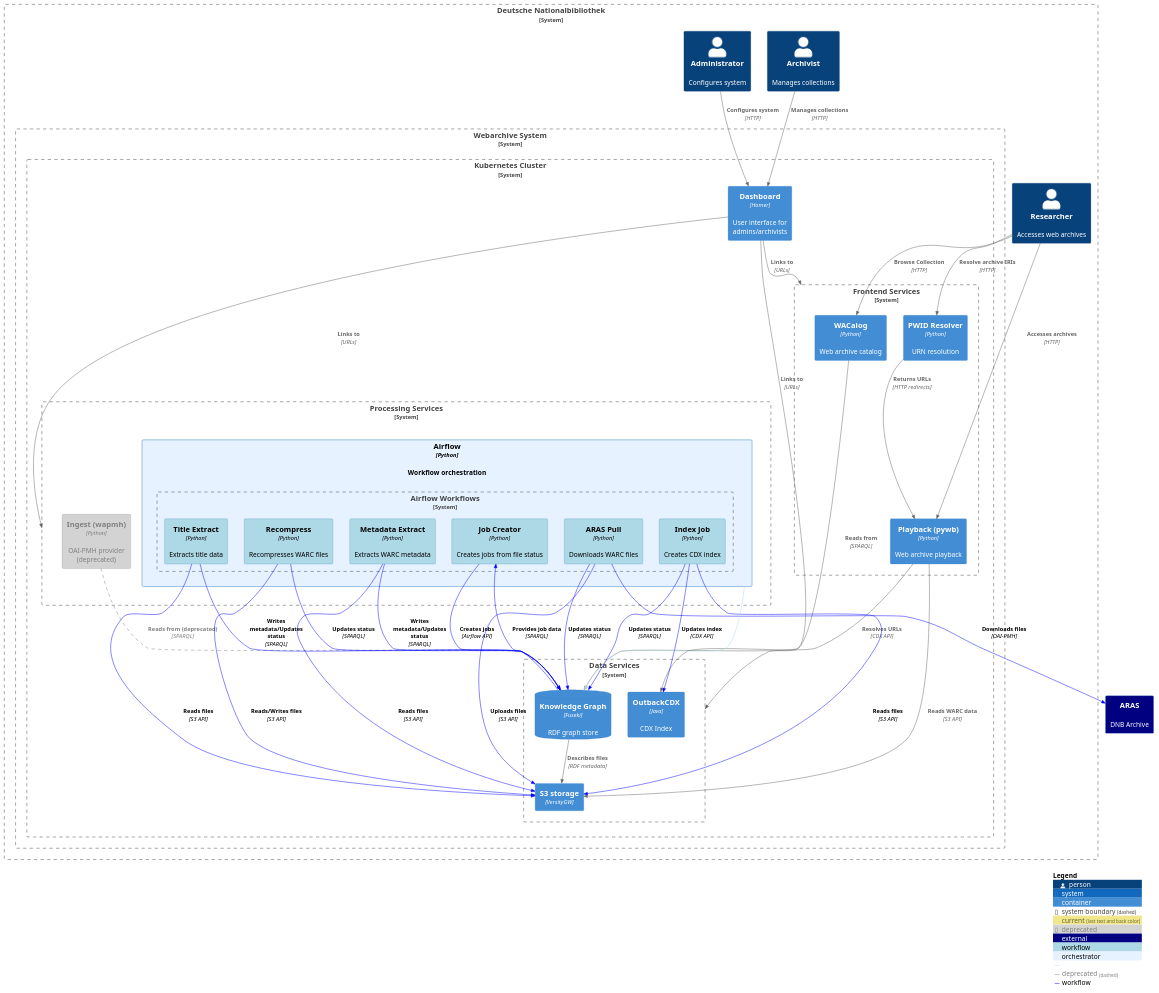
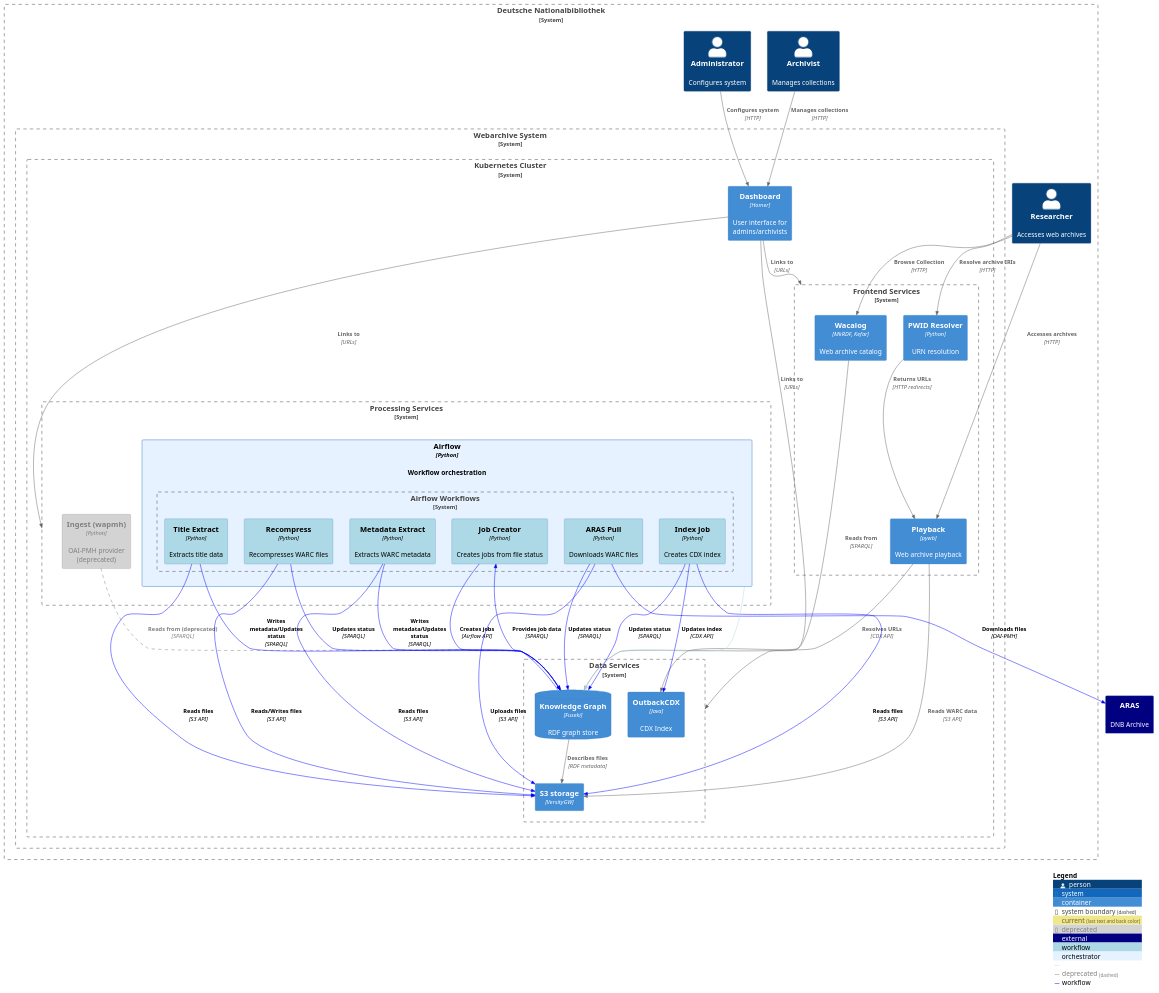
Before and after one commit to deutsche-nationalbibliothek/webarchive-charts: the diagram in docu/webarchive-setup-c4.puml, drawn with PlantUML.

Commit message:
minor fixes

```diff
--- a/docu/webarchive-setup-c4.puml
+++ b/docu/webarchive-setup-c4.puml
@@ -1,120 +1,120 @@
 @startuml
 !include https://raw.githubusercontent.com/plantuml-stdlib/C4-PlantUML/master/C4_Container.puml
 
 ' Improved color scheme for readability
 AddElementTag("current")
 AddElementTag("deprecated", $fontColor="gray", $bgColor="lightgray", $borderColor="gray")
 AddElementTag("external", $fontColor="white", $bgColor="navy")
 AddElementTag("workflow", $fontColor="black", $bgColor="lightblue")
 AddElementTag("orchestrator", $fontColor="black", $bgColor="#E6F2FF")
 AddRelTag("current", $textColor="white", $lineColor="lightblue")
 AddRelTag("deprecated", $textColor="gray", $lineColor="gray", $lineStyle=DashedLine())
 AddRelTag("external", $textColor="lightblue", $lineColor="cyan", $lineStyle=DashedLine())
 AddRelTag("workflow", $textColor="black", $lineColor="blue")
 
 System_Boundary(dnb, "Deutsche Nationalbibliothek") {
     Person(researcher, "Researcher", "Accesses web archives", $tags="current")
     Person(archivist, "Archivist", "Manages collections", $tags="current")
     Person(admin, "Administrator", "Configures system", $tags="current")
 
     System_Boundary(webarchive, "Webarchive System") {
         System_Boundary(kubernetes, "Kubernetes Cluster") {
             Container(dashboard, "Dashboard", "Homer", "User interface for admins/archivists", $tags="current")
             ' Grouped Components
             System_Boundary(frontends, "Frontend Services") {
-                Container(playback, "Playback (pywb)", "Python", "Web archive playback", $tags="current")
+                Container(playback, "Playback", "pywb", "Web archive playback", $tags="current")
                 Container(pwidresolver, "PWID Resolver", "Python", "URN resolution", $tags="current")
-                Container(wacalog, "WACalog", "Python", "Web archive catalog", $tags="current")
+                Container(wacalog, "Wacalog", "MkRDF, Kefar", "Web archive catalog", $tags="current")
             }
 
             System_Boundary(processing, "Processing Services") {
                 Container(airflow, "Airflow", "Python", "Workflow orchestration", $tags="current+orchestrator") {
                     System_Boundary(airflow_workflows, "Airflow Workflows") {
                         Container(job_creator, "Job Creator", "Python", "Creates jobs from file status", $tags="workflow")
                         Container(aras_pull, "ARAS Pull", "Python", "Downloads WARC files", $tags="workflow")
                         Container(recompress, "Recompress", "Python", "Recompresses WARC files", $tags="workflow")
                         Container(metadata_extract, "Metadata Extract", "Python", "Extracts WARC metadata", $tags="workflow")
                         Container(title_extract, "Title Extract", "Python", "Extracts title data", $tags="workflow")
                         Container(index_job, "Index Job", "Python", "Creates CDX index", $tags="workflow")
                     }
                 }
                 Container(ingest, "Ingest (wapmh)", "Python", "OAI-PMH provider (deprecated)", $tags="deprecated")
             }
 
             System_Boundary(datastore, "Data Services") {
                 ContainerDb(fuseki, "Knowledge Graph", "Fuseki", "RDF graph store", $tags="current")
                 Container(versitygw, "S3 storage", "VersityGW", "", $tags="current")
                 Container(outbackcdx, "OutbackCDX", "Java", "CDX Index", $tags="current")
             }
         }
     }
 }
 
 ' External Systems
 System(aras, "ARAS", "DNB Archive", $tags="external")
 
 ' Corrected Relationships
 ' User interactions
 Rel(researcher, playback, "Accesses archives", "HTTP")
 Rel(researcher, pwidresolver, "Resolve archive IRIs", "HTTP")
 Rel(researcher, wacalog, "Browse Collection", "HTTP")
 Rel(archivist, dashboard, "Manages collections", "HTTP")
 Rel(admin, dashboard, "Configures system", "HTTP")
 
 ' Dashboard links to all services
 ' Rel(dashboard, playback, "Links to", "URLs")
 ' Rel(dashboard, pwidresolver, "Links to", "URLs")
 ' Rel(dashboard, wacalog, "Links to", "URLs")
 ' Rel(dashboard, ingest, "Links to (deprecated)", "URLs", $tags="deprecated")
 ' Rel(dashboard, airflow, "Links to", "URLs")
 ' Rel(dashboard, fuseki, "Links to", "URLs")
 ' Rel(dashboard, outbackcdx, "Links to", "URLs")
 Rel(dashboard, frontends, "Links to", "URLs")
 Rel(dashboard, processing, "Links to", "URLs")
 Rel(dashboard, datastore, "Links to", "URLs")
 
 ' Core playback flow
 Rel(playback, outbackcdx, "Resolves URLs", "CDX API")
 Rel(playback, versitygw, "Reads WARC data", "S3 API")
 Rel(pwidresolver, playback, "Returns URLs", "HTTP redirects")
 
 ' WACalog reads from knowledge graph
 Rel(wacalog, fuseki, "Reads from", "SPARQL")
 
 ' Deprecated ingest (no active relations)
 Rel(ingest, fuseki, "Reads from (deprecated)", "SPARQL", $tags="deprecated")
 
 ' Complete Airflow workflow
 Rel(fuseki, job_creator, "Provides job data", "SPARQL", $tags="workflow")
 Rel(job_creator, fuseki, "Creates jobs", "Airflow API", $tags="workflow")
 
 ' ARAS Pull workflow
 Rel(aras_pull, aras, "Downloads files", "OAI-PMH", $tags="workflow")
 Rel(aras_pull, versitygw, "Uploads files", "S3 API", $tags="workflow")
 Rel(aras_pull, fuseki, "Updates status", "SPARQL", $tags="workflow")
 
 ' Recompress workflow
 Rel(recompress, versitygw, "Reads/Writes files", "S3 API", $tags="workflow")
 Rel(recompress, fuseki, "Updates status", "SPARQL", $tags="workflow")
 
 ' Metadata Extract workflow
 Rel(metadata_extract, versitygw, "Reads files", "S3 API", $tags="workflow")
 Rel(metadata_extract, fuseki, "Writes metadata/Updates status", "SPARQL", $tags="workflow")
 
 ' Title Extract workflow
 Rel(title_extract, versitygw, "Reads files", "S3 API", $tags="workflow")
 Rel(title_extract, fuseki, "Writes metadata/Updates status", "SPARQL", $tags="workflow")
 
 ' Index workflow
 Rel(index_job, versitygw, "Reads files", "S3 API", $tags="workflow")
 Rel(index_job, outbackcdx, "Updates index", "CDX API", $tags="workflow")
 Rel(index_job, fuseki, "Updates status", "SPARQL", $tags="workflow")
 
 ' Job management
 Rel(airflow, fuseki, "Manages job status", "SPARQL", $tags="current")
 
 ' Knowledge Graph describes S3 files
 Rel(fuseki, versitygw, "Describes files", "RDF metadata")
 
 SHOW_LEGEND(true)
 @enduml
```
